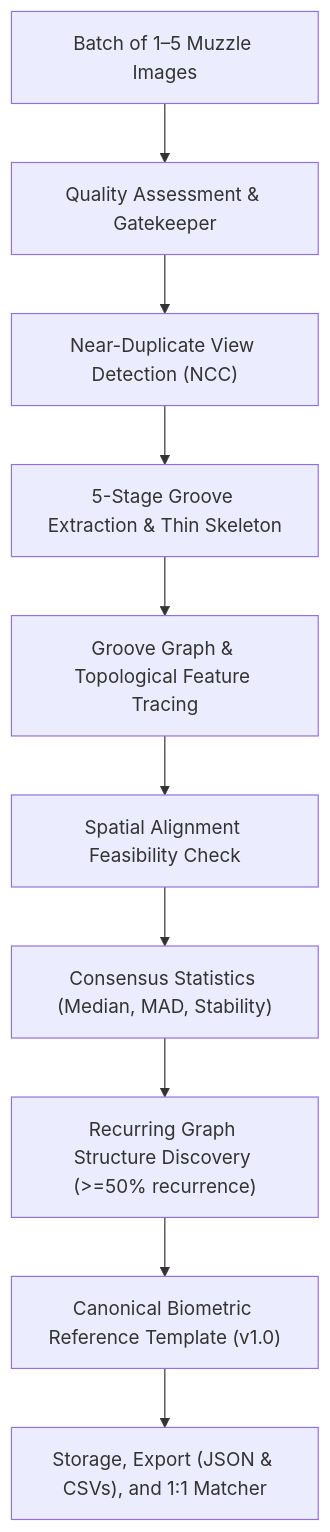
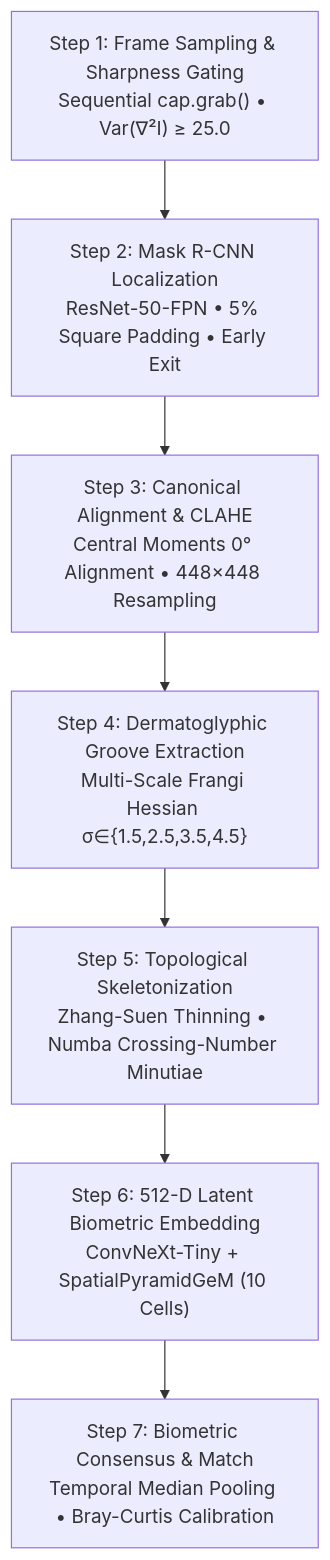
Before and after one commit to Mayur-Dev7/NOSE_LINES: the diagram in README.md, drawn with Mermaid. The commit also changed other lines of this file and 1 other file, not shown here.

Commit message:
docs: add ML model pipeline optimization guide and update README with 7-stage biometric architecture

````diff
--- a/README.md
+++ b/README.md
@@ -204,12 +76,9 @@
 ```mermaid
 flowchart TD
-    A["Batch of 1–5 Muzzle Images"] --> B["Quality Assessment & Gatekeeper"]
-    B --> C["Near-Duplicate View Detection (NCC)"]
-    C --> D["5-Stage Groove Extraction & Thin Skeleton"]
-    D --> E["Groove Graph & Topological Feature Tracing"]
-    E --> F["Spatial Alignment Feasibility Check"]
-    F --> G["Consensus Statistics (Median, MAD, Stability)"]
-    G --> H["Recurring Graph Structure Discovery (>=50% recurrence)"]
-    H --> I["Canonical Biometric Reference Template (v1.0)"]
-    I --> J["Storage, Export (JSON & CSVs), and 1:1 Matcher"]
+    S1["Step 1: Frame Sampling & Sharpness Gating<br/>Sequential cap.grab() • Var(∇²I) ≥ 25.0"] --> S2["Step 2: Mask R-CNN Localization<br/>ResNet-50-FPN • 5% Square Padding • Early Exit"]
+    S2 --> S3["Step 3: Canonical Alignment & CLAHE<br/>Central Moments 0° Alignment • 448×448 Resampling"]
+    S3 --> S4["Step 4: Dermatoglyphic Groove Extraction<br/>Multi-Scale Frangi Hessian σ∈{1.5,2.5,3.5,4.5}"]
+    S4 --> S5["Step 5: Topological Skeletonization<br/>Zhang-Suen Thinning • Numba Crossing-Number Minutiae"]
+    S5 --> S6["Step 6: 512-D Latent Biometric Embedding<br/>ConvNeXt-Tiny + SpatialPyramidGeM (10 Cells)"]
+    S6 --> S7["Step 7: Biometric Consensus & Match<br/>Temporal Median Pooling • Bray-Curtis Calibration"]
 ```
````
